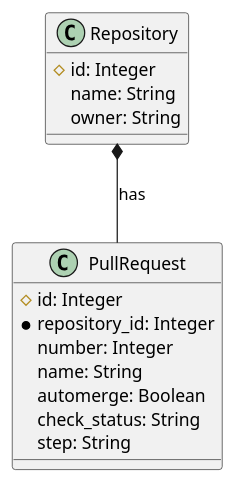
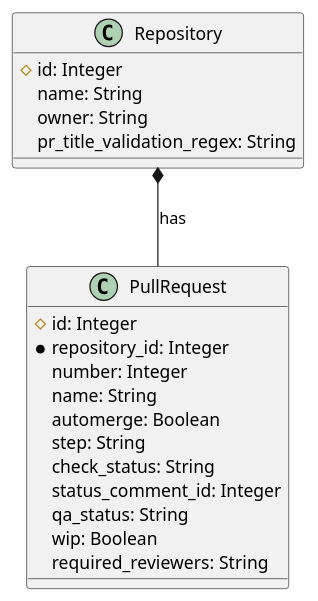
One commit to sharingcloud/github-scbot changed the diagram in docs/schema.plantuml. Above: the diagram before and after it, drawn with PlantUML. The commit also changed 34 other files, not shown here.

```diff
--- a/docs/schema.plantuml
+++ b/docs/schema.plantuml
@@ -1,18 +1,23 @@
 @startuml Schema
 class Repository {
     #id: Integer
     name: String
     owner: String
+    pr_title_validation_regex: String
 }
 class PullRequest {
     #id: Integer
     *repository_id: Integer
     number: Integer
     name: String
     automerge: Boolean
+    step: String
     check_status: String
-    step: String
+    status_comment_id: Integer
+    qa_status: String
+    wip: Boolean
+    required_reviewers: String
 }
 
 Repository *-- PullRequest : has
 @enduml
```
